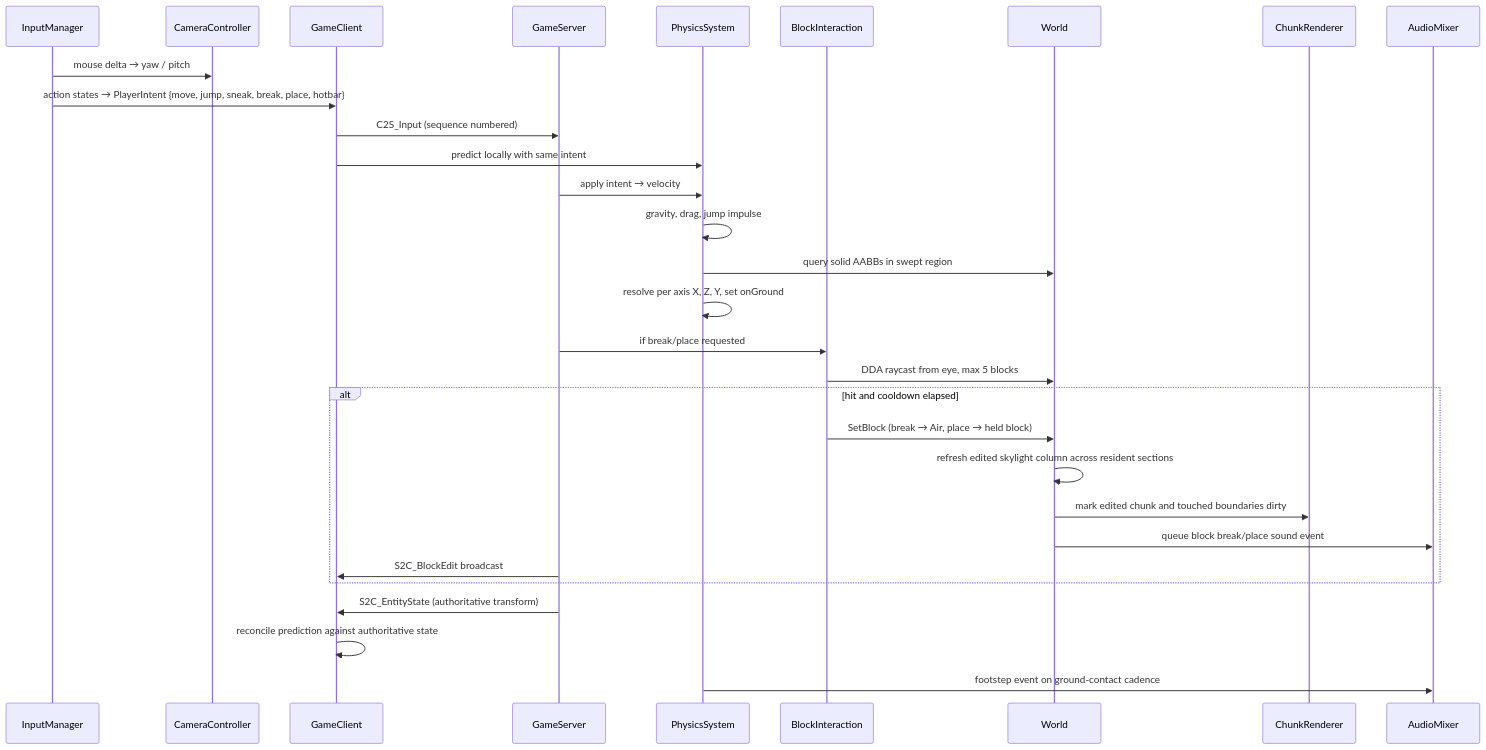
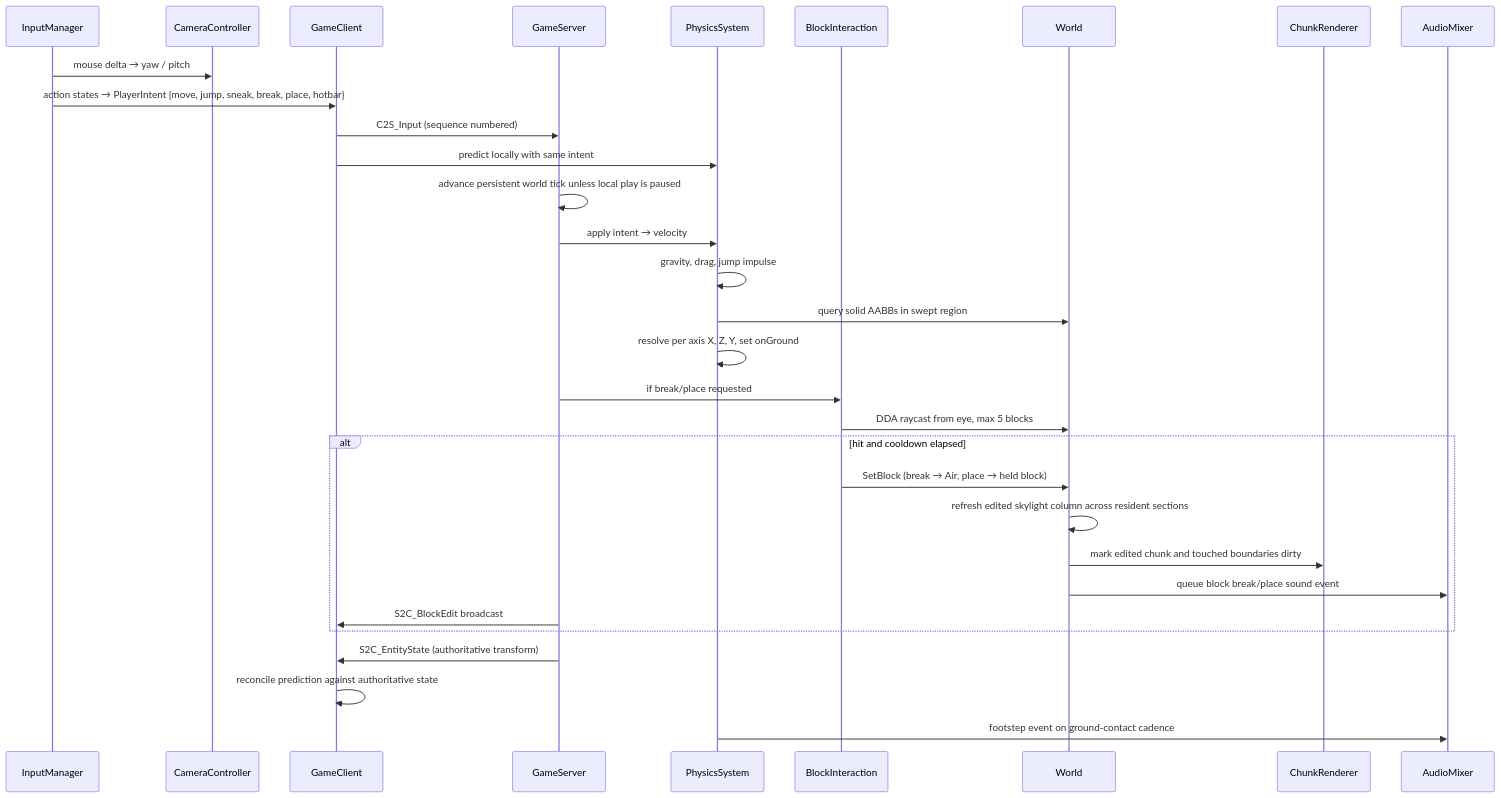
Before and after one commit to GoGurtPrime/voxels: the fifth of 17 diagrams in DIAGRAMS.md, drawn with Mermaid. The commit also changed 19 other files, not shown here.

First line of the commit message:
Agent: Establish persistent authoritative world clock

````diff
--- a/DIAGRAMS.md
+++ b/DIAGRAMS.md
@@ -257,34 +257,35 @@
 ```mermaid
 sequenceDiagram
     participant Inp as InputManager
     participant Cam as CameraController
     participant Cli as GameClient
     participant Srv as GameServer
     participant Phy as PhysicsSystem
     participant BI as BlockInteraction
     participant W as World
     participant CR as ChunkRenderer
     participant Snd as AudioMixer
 
     Inp->>Cam: mouse delta → yaw / pitch
     Inp->>Cli: action states → PlayerIntent {move, jump, sneak, break, place, hotbar}
     Cli->>Srv: C2S_Input (sequence numbered)
     Cli->>Phy: predict locally with same intent
 
+    Srv->>Srv: advance persistent world tick unless local play is paused
     Srv->>Phy: apply intent → velocity
     Phy->>Phy: gravity, drag, jump impulse
     Phy->>W: query solid AABBs in swept region
     Phy->>Phy: resolve per axis X, Z, Y, set onGround
     Srv->>BI: if break/place requested
     BI->>W: DDA raycast from eye, max 5 blocks
     alt hit and cooldown elapsed
         BI->>W: SetBlock (break → Air, place → held block)
         W->>W: refresh edited skylight column across resident sections
         W->>CR: mark edited chunk and touched boundaries dirty
         W->>Snd: queue block break/place sound event
         Srv->>Cli: S2C_BlockEdit broadcast
     end
     Srv->>Cli: S2C_EntityState (authoritative transform)
     Cli->>Cli: reconcile prediction against authoritative state
     Phy->>Snd: footstep event on ground-contact cadence
 ```
````
